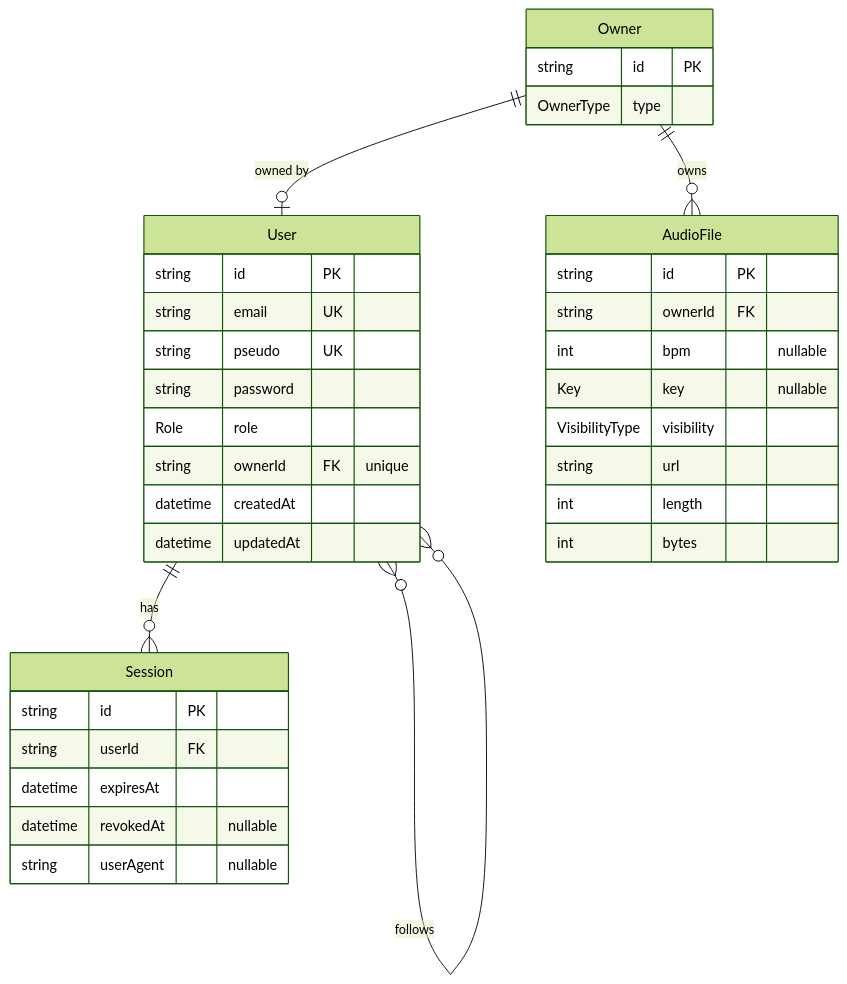
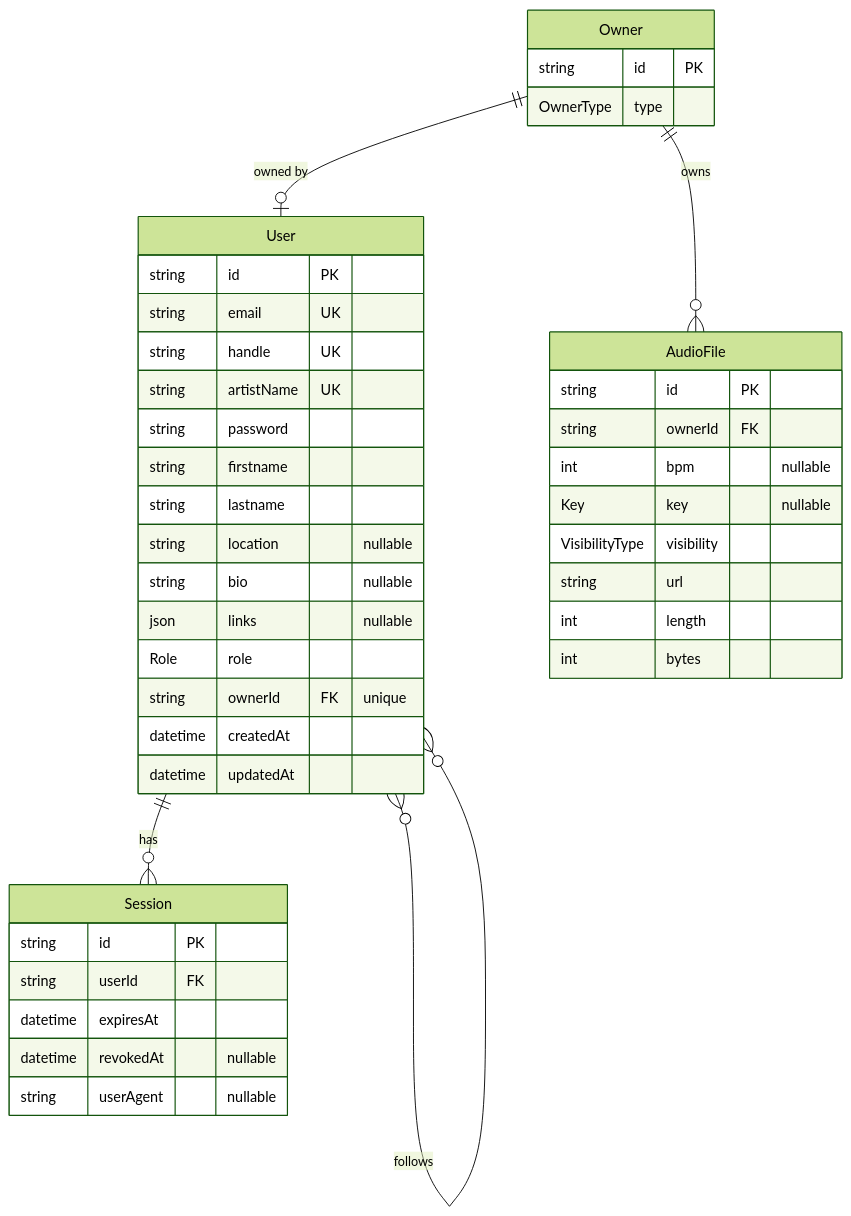
The diagram in README.md (AlexisFaugeroux/42-transcendence), drawn with Mermaid (forest theme) before and after one commit. The commit also changed other lines of this file and 7 other files, not shown here.

````diff
--- a/README.md
+++ b/README.md
@@ -106,39 +106,45 @@
 ```mermaid
 erDiagram
   Owner {
     string id PK
     OwnerType type
   }
   User {
     string id PK
     string email UK
-    string pseudo UK
+    string handle UK
+    string artistName UK
     string password
+    string firstname
+    string lastname
+    string location "nullable"
+    string bio "nullable"
+    json links "nullable"
     Role role
     string ownerId FK "unique"
     datetime createdAt
     datetime updatedAt
   }
   AudioFile {
     string id PK
     string ownerId FK
     int bpm "nullable"
     Key key "nullable"
     VisibilityType visibility
     string url
     int length
     int bytes
   }
   Session {
     string id PK
     string userId FK
     datetime expiresAt
     datetime revokedAt "nullable"
     string userAgent "nullable"
   }
 
   Owner ||--o| User : "owned by"
   Owner ||--o{ AudioFile : owns
   User  ||--o{ Session : has
   User  }o--o{ User : follows
 ```
````
